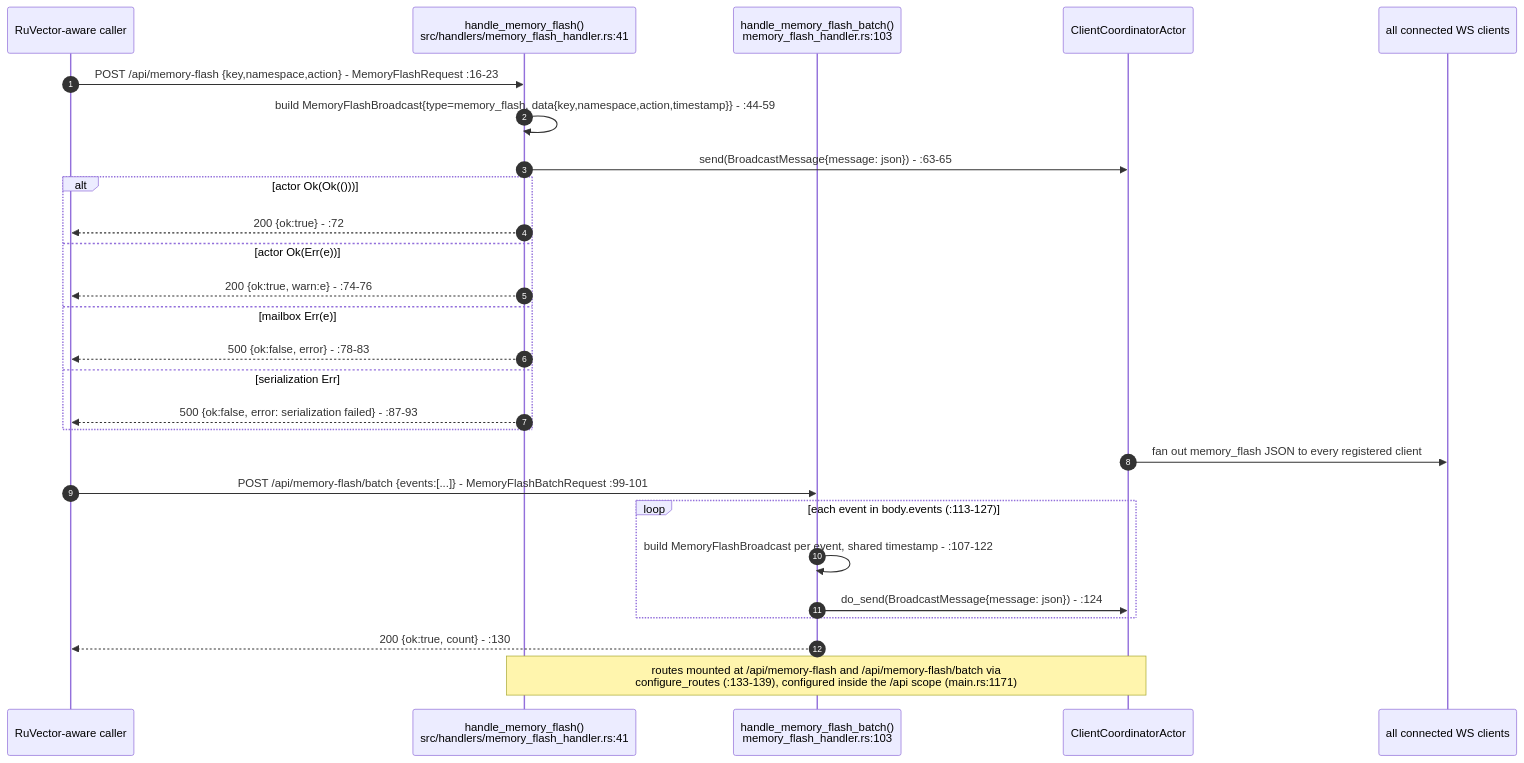
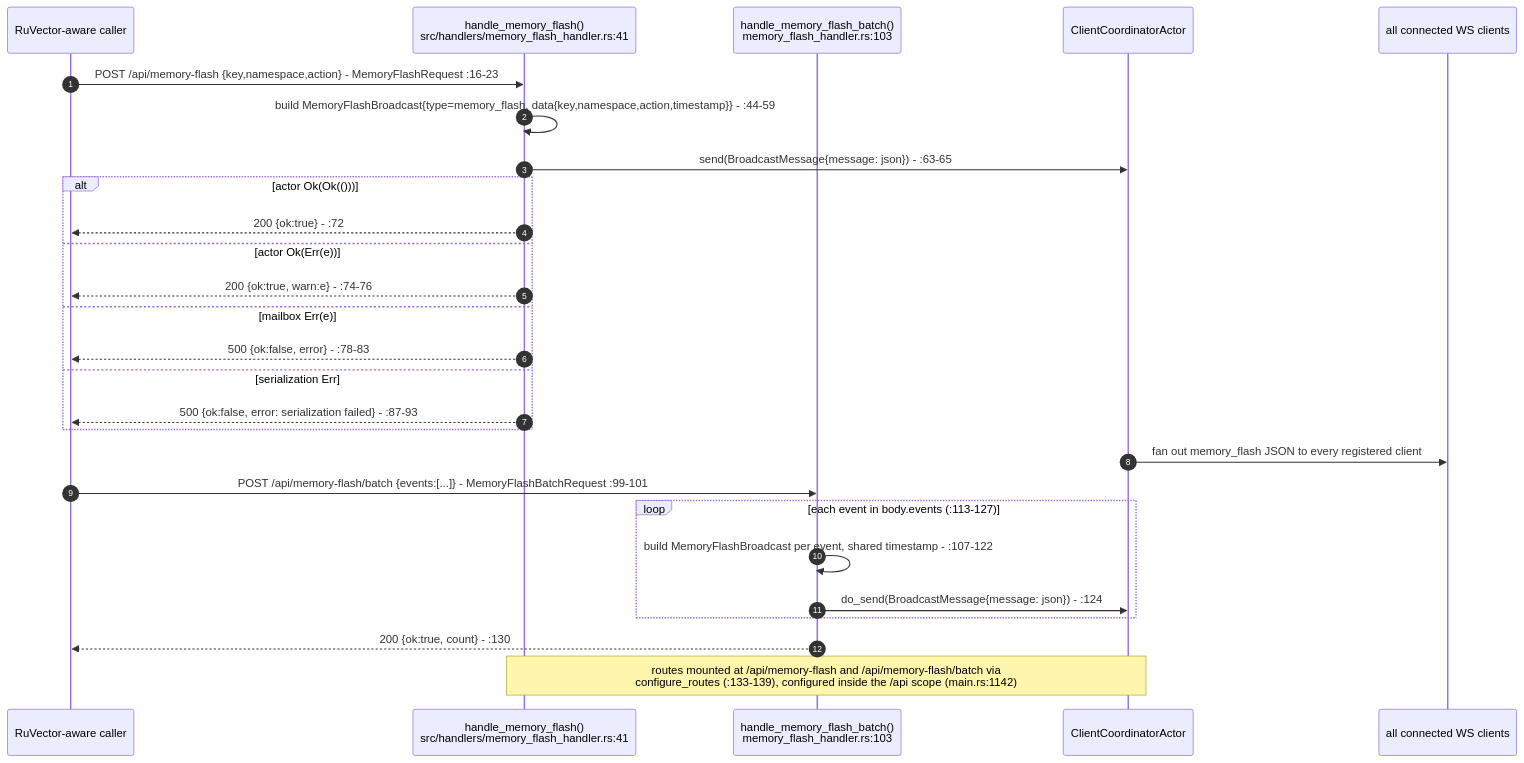
Before and after one commit to DreamLab-AI/VisionFlow: diagram 12 of 13 in docs/diagrams/visionclaw/27-agent-integration-mcp-relay.md, drawn with Mermaid. The commit also changed other lines of this file and 25 other files, not shown here.

````diff
--- a/docs/diagrams/visionclaw/27-agent-integration-mcp-relay.md
+++ b/docs/diagrams/visionclaw/27-agent-integration-mcp-relay.md
@@ -545,31 +546,31 @@
 ```mermaid
 sequenceDiagram
     autonumber
     participant Caller as RuVector-aware caller
     participant H as handle_memory_flash()<br/>src/handlers/memory_flash_handler.rs:41
     participant HB as handle_memory_flash_batch()<br/>memory_flash_handler.rs:103
     participant CC as ClientCoordinatorActor
     participant Ws as all connected WS clients
 
     Caller->>H: POST /api/memory-flash {key,namespace,action} - MemoryFlashRequest :16-23
     H->>H: build MemoryFlashBroadcast{type=memory_flash, data{key,namespace,action,timestamp}} - :44-59
     H->>CC: send(BroadcastMessage{message: json}) - :63-65
     alt actor Ok(Ok(()))
         H-->>Caller: 200 {ok:true} - :72
     else actor Ok(Err(e))
         H-->>Caller: 200 {ok:true, warn:e} - :74-76
     else mailbox Err(e)
         H-->>Caller: 500 {ok:false, error} - :78-83
     else serialization Err
         H-->>Caller: 500 {ok:false, error: serialization failed} - :87-93
     end
     CC->>Ws: fan out memory_flash JSON to every registered client
 
     Caller->>HB: POST /api/memory-flash/batch {events:[...]} - MemoryFlashBatchRequest :99-101
     loop each event in body.events (:113-127)
         HB->>HB: build MemoryFlashBroadcast per event, shared timestamp - :107-122
         HB->>CC: do_send(BroadcastMessage{message: json}) - :124
     end
     HB-->>Caller: 200 {ok:true, count} - :130
-    Note over H,CC: routes mounted at /api/memory-flash and /api/memory-flash/batch via<br/>configure_routes (:133-139), configured inside the /api scope (main.rs:1171)
+    Note over H,CC: routes mounted at /api/memory-flash and /api/memory-flash/batch via<br/>configure_routes (:133-139), configured inside the /api scope (main.rs:1142)
 ```
````
